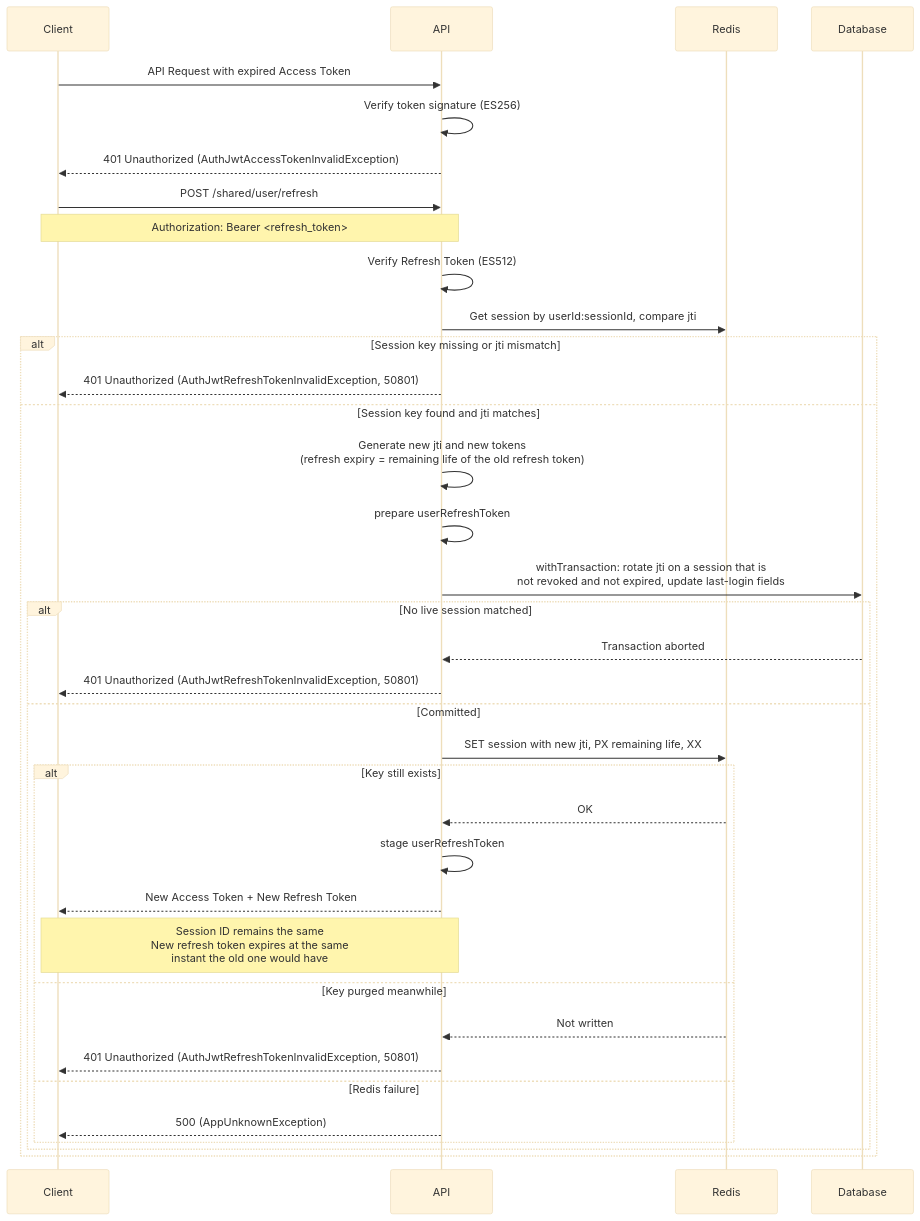
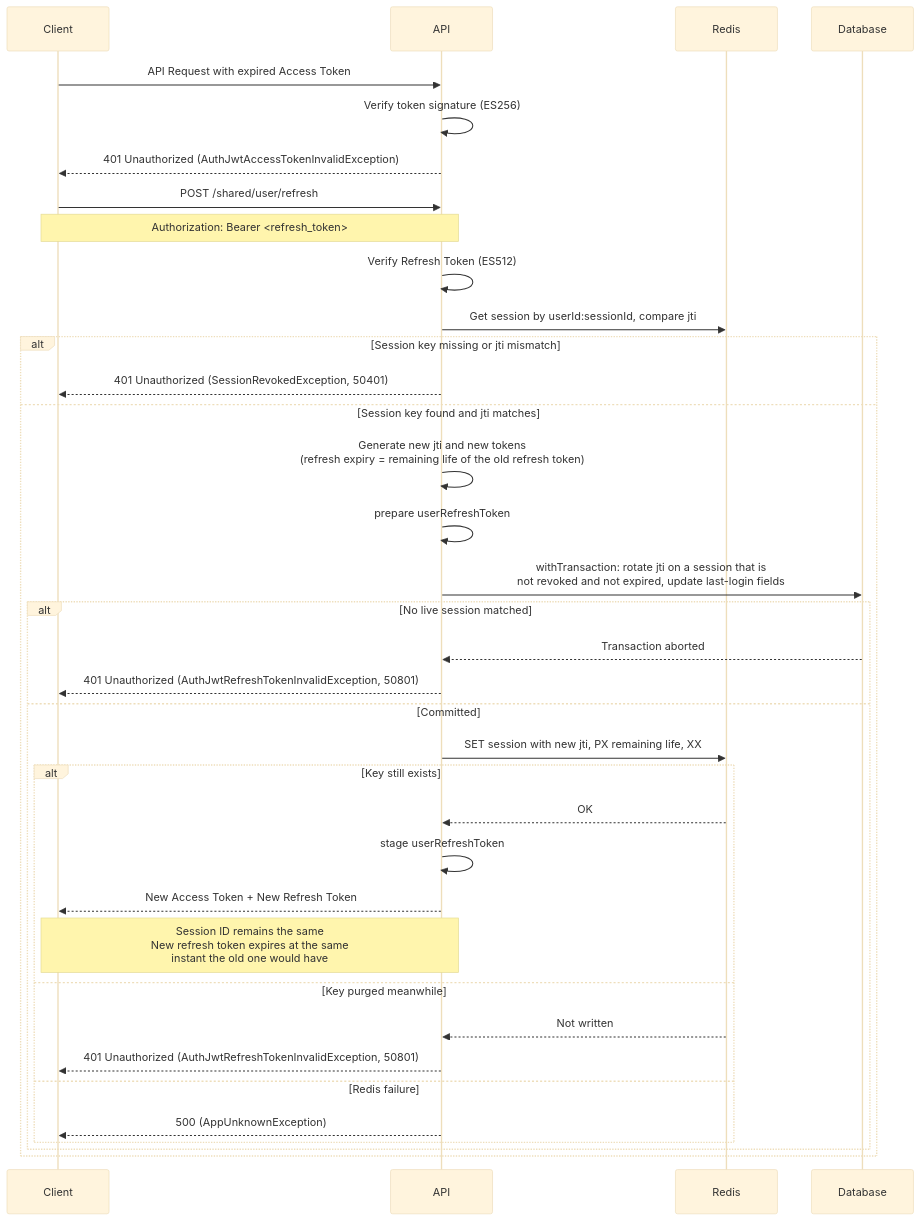
The fourth of 10 diagrams in docs/authentication.md (andrechristikan/ack-nestjs-boilerplate), drawn with Mermaid (base theme) before and after one commit. The commit also changed other lines of this file and 35 other files, not shown here.

````diff
--- a/docs/authentication.md
+++ b/docs/authentication.md
@@ -355,41 +416,41 @@
 ```mermaid
 sequenceDiagram
     participant Client
     participant API
     participant Redis
     participant Database
 
     Client->>API: API Request with expired Access Token
     API->>API: Verify token signature (ES256)
     API-->>Client: 401 Unauthorized (AuthJwtAccessTokenInvalidException)
 
     Client->>API: POST /shared/user/refresh
     Note over Client,API: Authorization: Bearer <refresh_token>
 
     API->>API: Verify Refresh Token (ES512)
     API->>Redis: Get session by userId:sessionId, compare jti
     alt Session key missing or jti mismatch
-        API-->>Client: 401 Unauthorized (AuthJwtRefreshTokenInvalidException, 50801)
+        API-->>Client: 401 Unauthorized (SessionRevokedException, 50401)
     else Session key found and jti matches
         API->>API: Generate new jti and new tokens<br/>(refresh expiry = remaining life of the old refresh token)
         API->>API: prepare userRefreshToken
         API->>Database: withTransaction: rotate jti on a session that is<br/>not revoked and not expired, update last-login fields
         alt No live session matched
             Database-->>API: Transaction aborted
             API-->>Client: 401 Unauthorized (AuthJwtRefreshTokenInvalidException, 50801)
         else Committed
             API->>Redis: SET session with new jti, PX remaining life, XX
             alt Key still exists
                 Redis-->>API: OK
                 API->>API: stage userRefreshToken
                 API-->>Client: New Access Token + New Refresh Token
                 Note over Client,API: Session ID remains the same<br/>New refresh token expires at the same<br/>instant the old one would have
             else Key purged meanwhile
                 Redis-->>API: Not written
                 API-->>Client: 401 Unauthorized (AuthJwtRefreshTokenInvalidException, 50801)
             else Redis failure
                 API-->>Client: 500 (AppUnknownException)
             end
         end
     end
 ```
````
